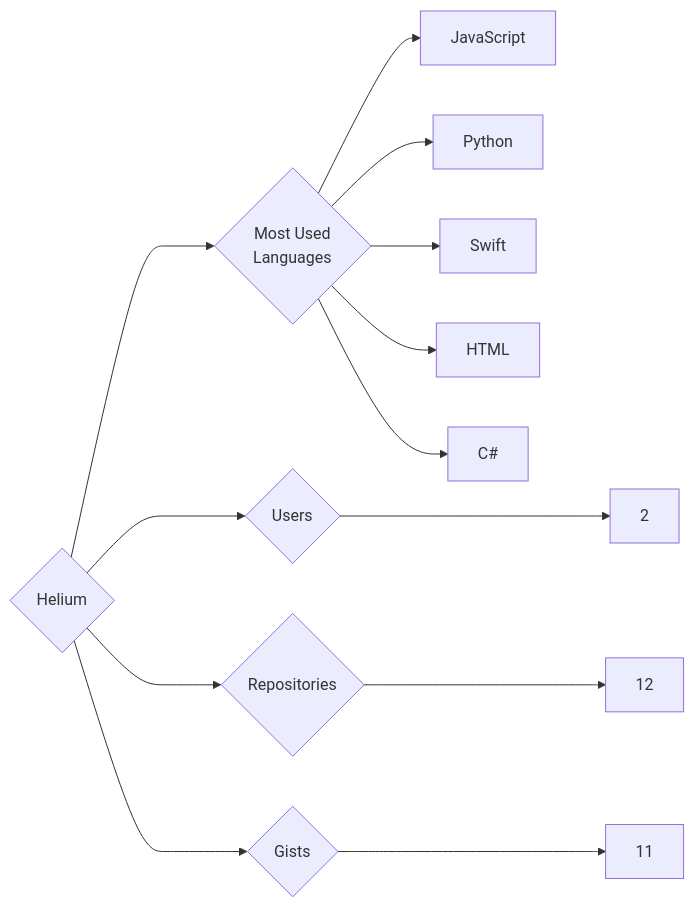
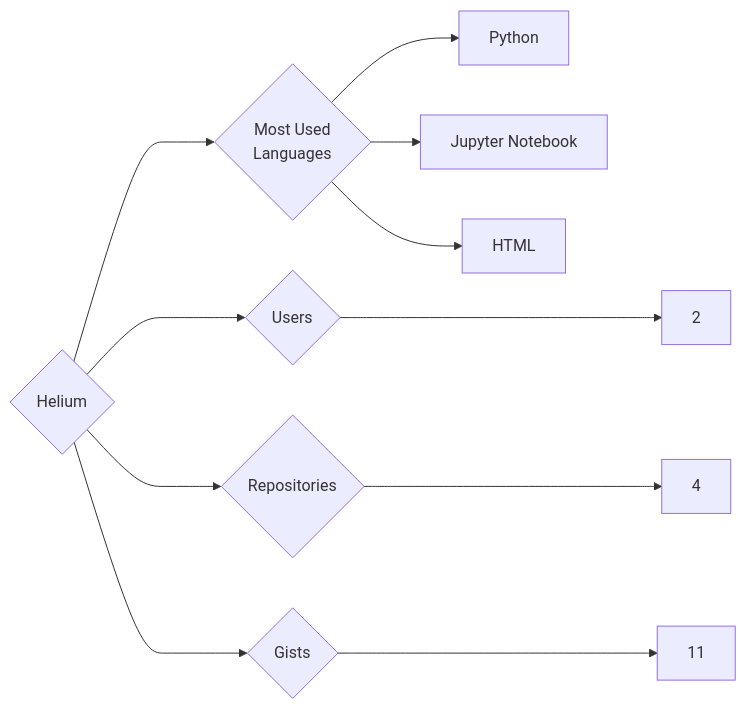
Before and after one commit to trickest/insiders: the diagram in targets/Helium/README.md, drawn with Mermaid. The commit also changed 938 other files, not shown here.

````diff
--- a/targets/Helium/README.md
+++ b/targets/Helium/README.md
@@ -3,13 +3,11 @@
 ```mermaid
 graph LR
 COMPANY_NAME{Helium}
 COMPANY_NAME ---> U{Users} ---> UN[2]
-COMPANY_NAME ---> R{Repositories} ---> RN[12]
+COMPANY_NAME ---> R{Repositories} ---> RN[4]
 COMPANY_NAME ---> G{Gists} ---> GN[11]
 COMPANY_NAME ---> ML{Most Used<br>Languages}
-ML --> JavaScript[JavaScript]
 ML --> Python[Python]
-ML --> Swift[Swift]
+ML --> Jupyter_Notebook[Jupyter Notebook]
 ML --> HTML[HTML]
-ML --> C#[C#]
 ```
````
